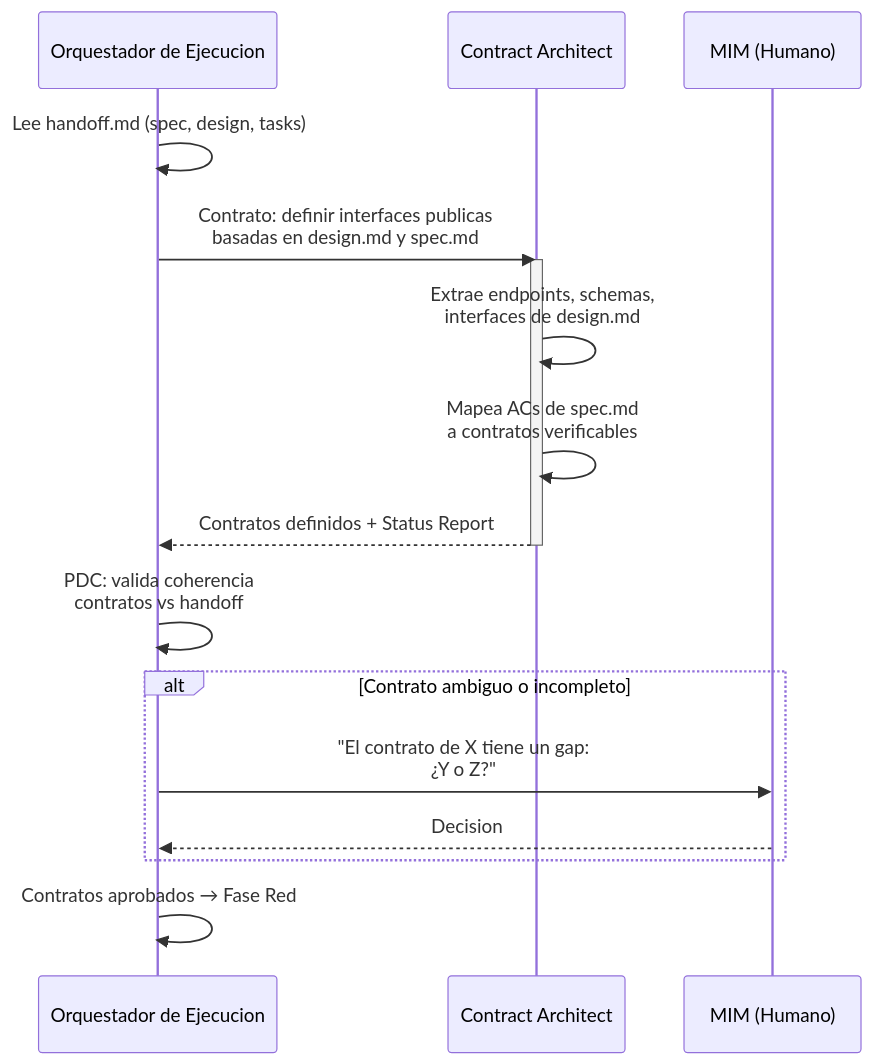
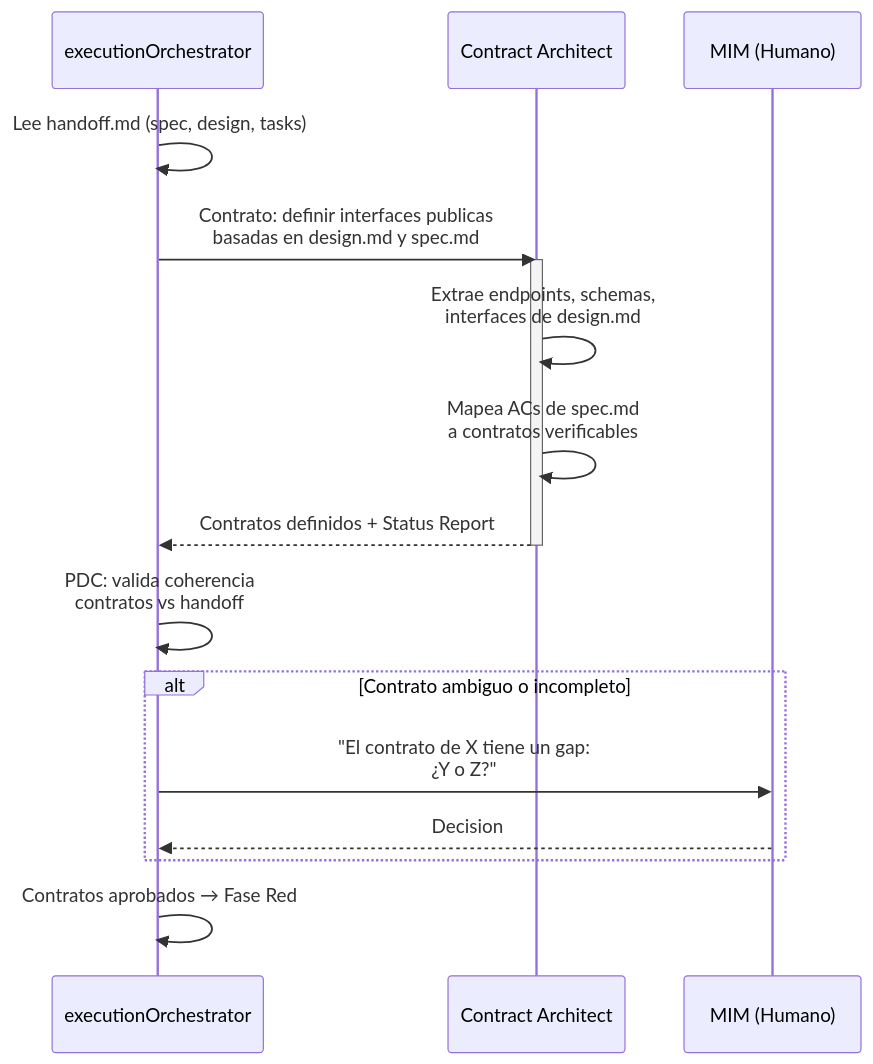
One commit to virgenherrera/idea-to-mvp changed the second of 2 diagrams in docs/execution/contracts.md. Above: the diagram before and after it, drawn with Mermaid. The commit also changed other lines of this file and 30 other files, not shown here.

````diff
--- a/docs/execution/contracts.md
+++ b/docs/execution/contracts.md
@@ -66,23 +81,23 @@
 ```mermaid
 sequenceDiagram
-    participant OE as Orquestador de Ejecucion
+    participant OE as executionOrchestrator
     participant CA as Contract Architect
     participant MIM as MIM (Humano)
 
     OE->>OE: Lee handoff.md (spec, design, tasks)
     OE->>CA: Contrato: definir interfaces publicas<br/>basadas en design.md y spec.md
     activate CA
     CA->>CA: Extrae endpoints, schemas,<br/>interfaces de design.md
     CA->>CA: Mapea ACs de spec.md<br/>a contratos verificables
     CA-->>OE: Contratos definidos + Status Report
     deactivate CA
 
     OE->>OE: PDC: valida coherencia<br/>contratos vs handoff
 
     alt Contrato ambiguo o incompleto
         OE->>MIM: "El contrato de X tiene un gap:<br/>¿Y o Z?"
         MIM-->>OE: Decision
     end
 
     OE->>OE: Contratos aprobados → Fase Red
 ```
````
